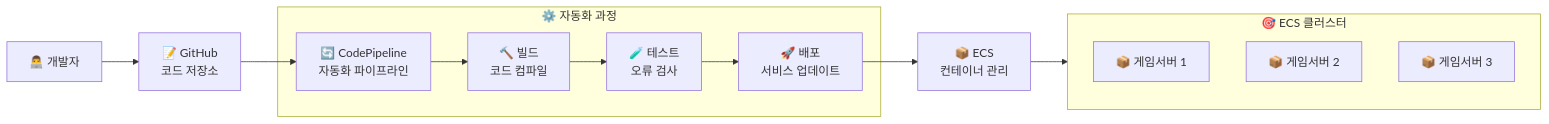
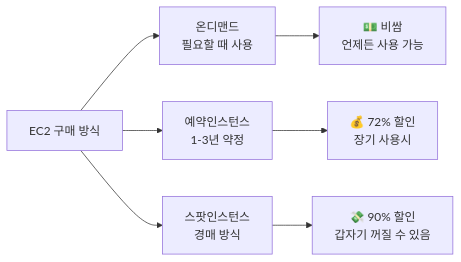
One commit to yjshin-cloud/TIL changed the seventh of 19 diagrams in docs/Edu/BootCamp/LikeLionCloudEngineering_4th/1_DailyStudy/Week_09/20250925.md. Above: the diagram before and after it, drawn with Mermaid. The commit also changed other lines of this file, not shown here.

````diff
--- a/docs/Edu/BootCamp/LikeLionCloudEngineering_4th/1_DailyStudy/Week_09/20250925.md
+++ b/docs/Edu/BootCamp/LikeLionCloudEngineering_4th/1_DailyStudy/Week_09/20250925.md
@@ -213,22 +168,10 @@
 ```mermaid
 graph LR
-    Dev[👨‍💻 개발자] --> GitHub[📝 GitHub<br/>코드 저장소]
+    A[EC2 구매 방식] --> B[온디맨드<br/>필요할 때 사용]
+    A --> C[예약인스턴스<br/>1-3년 약정]
+    A --> D[스팟인스턴스<br/>경매 방식]
     
-    GitHub --> CodePipeline[🔄 CodePipeline<br/>자동화 파이프라인]
-    
-    subgraph Pipeline["⚙️ 자동화 과정"]
-        CodePipeline --> Build[🔨 빌드<br/>코드 컴파일]
-        Build --> Test[🧪 테스트<br/>오류 검사]
-        Test --> Deploy[🚀 배포<br/>서비스 업데이트]
-    end
-    
-    Deploy --> ECS[📦 ECS<br/>컨테이너 관리]
-    
-    subgraph ECS_Cluster["🎯 ECS 클러스터"]
-        Container1[📦 게임서버 1]
-        Container2[📦 게임서버 2]
-        Container3[📦 게임서버 3]
-    end
-    
-    ECS --> ECS_Cluster
+    B --> B1[💵 비쌈<br/>언제든 사용 가능]
+    C --> C1[💰 72% 할인<br/>장기 사용시]
+    D --> D1[💸 90% 할인<br/>갑자기 꺼질 수 있음]
 ```
````
